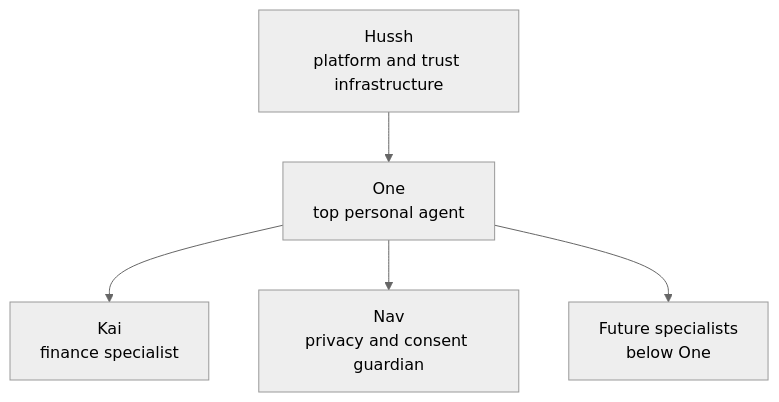
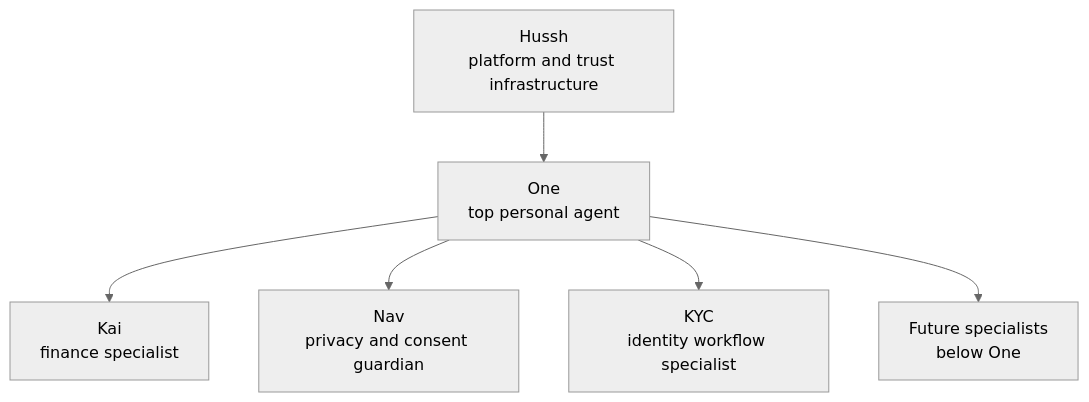
The diagram in docs/vision/agent-ontology.md (hushh-labs/hushh-research), drawn with Mermaid (neutral theme) before and after one commit. The commit also changed other lines of this file and 53 other files, not shown here.

````diff
--- a/docs/vision/agent-ontology.md
+++ b/docs/vision/agent-ontology.md
@@ -7,13 +7,15 @@
 ```mermaid
 flowchart TB
   hussh["Hussh<br/>platform and trust infrastructure"]
   one["One<br/>top personal agent"]
   kai["Kai<br/>finance specialist"]
   nav["Nav<br/>privacy and consent guardian"]
+  kyc["KYC<br/>identity workflow specialist"]
   future["Future specialists<br/>below One"]
 
   hussh --> one
   one --> kai
   one --> nav
+  one --> kyc
   one --> future
 ```
````
